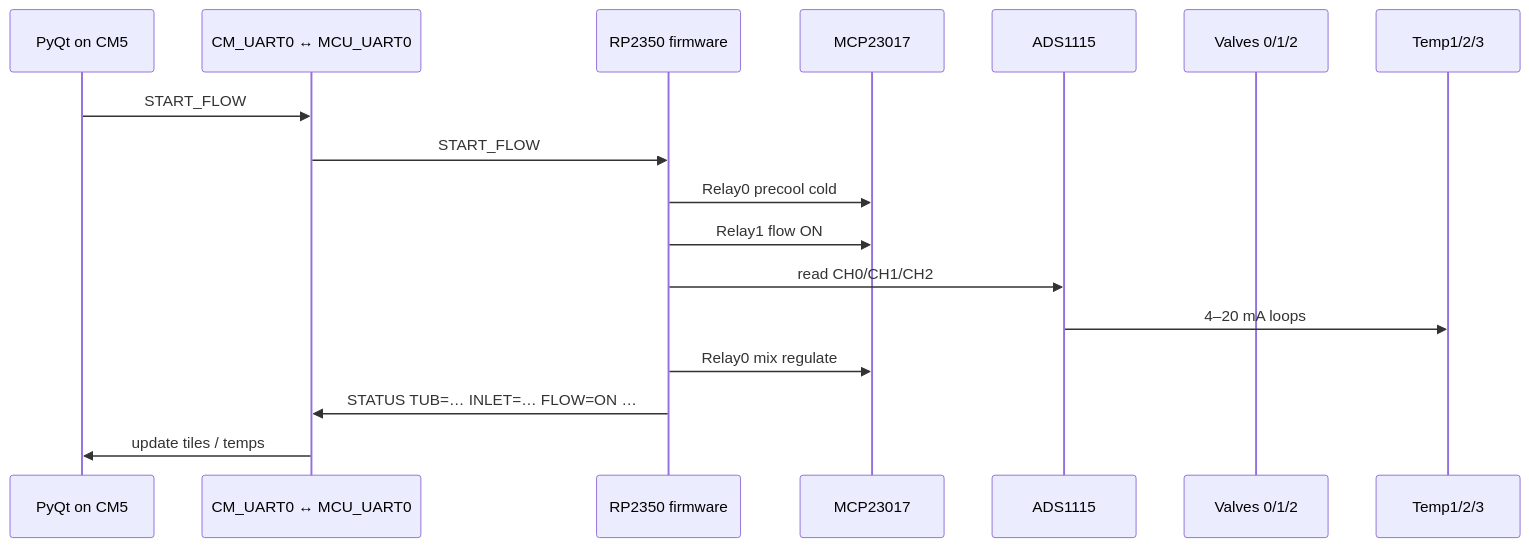
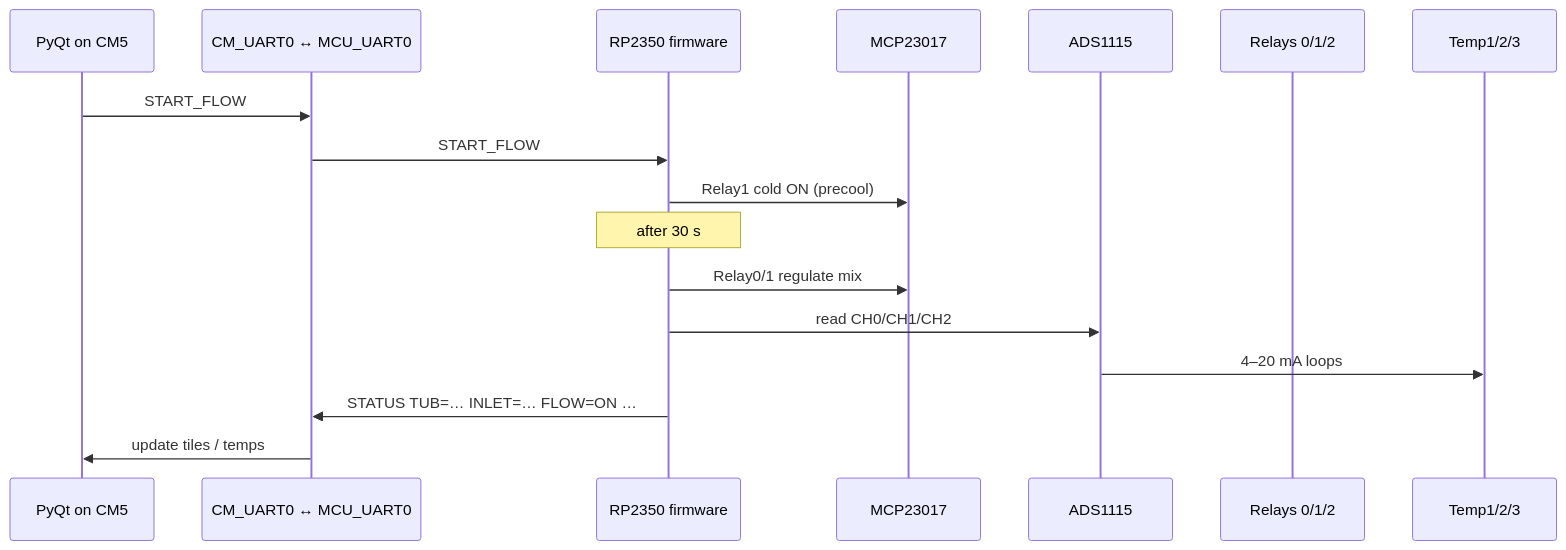
Before and after one commit to raspipcb/oddurboga-cm5-rp2350: the fifth of 5 diagrams in doc/diagrams.md, drawn with Mermaid. The commit also changed other lines of this file and 3 other files, not shown here.

````diff
--- a/doc/diagrams.md
+++ b/doc/diagrams.md
@@ -188,20 +191,20 @@
 ```mermaid
 sequenceDiagram
   participant UI as PyQt on CM5
   participant UART as CM_UART0 ↔ MCU_UART0
   participant FW as RP2350 firmware
   participant MCP as MCP23017
   participant ADS as ADS1115
-  participant V as Valves 0/1/2
+  participant V as Relays 0/1/2
   participant T as Temp1/2/3
 
   UI->>UART: START_FLOW
   UART->>FW: START_FLOW
-  FW->>MCP: Relay0 precool cold
-  FW->>MCP: Relay1 flow ON
+  FW->>MCP: Relay1 cold ON (precool)
+  Note over FW: after 30 s
+  FW->>MCP: Relay0/1 regulate mix
   FW->>ADS: read CH0/CH1/CH2
   ADS->>T: 4–20 mA loops
-  FW->>MCP: Relay0 mix regulate
   FW->>UART: STATUS TUB=… INLET=… FLOW=ON …
   UART->>UI: update tiles / temps
 ```
````
